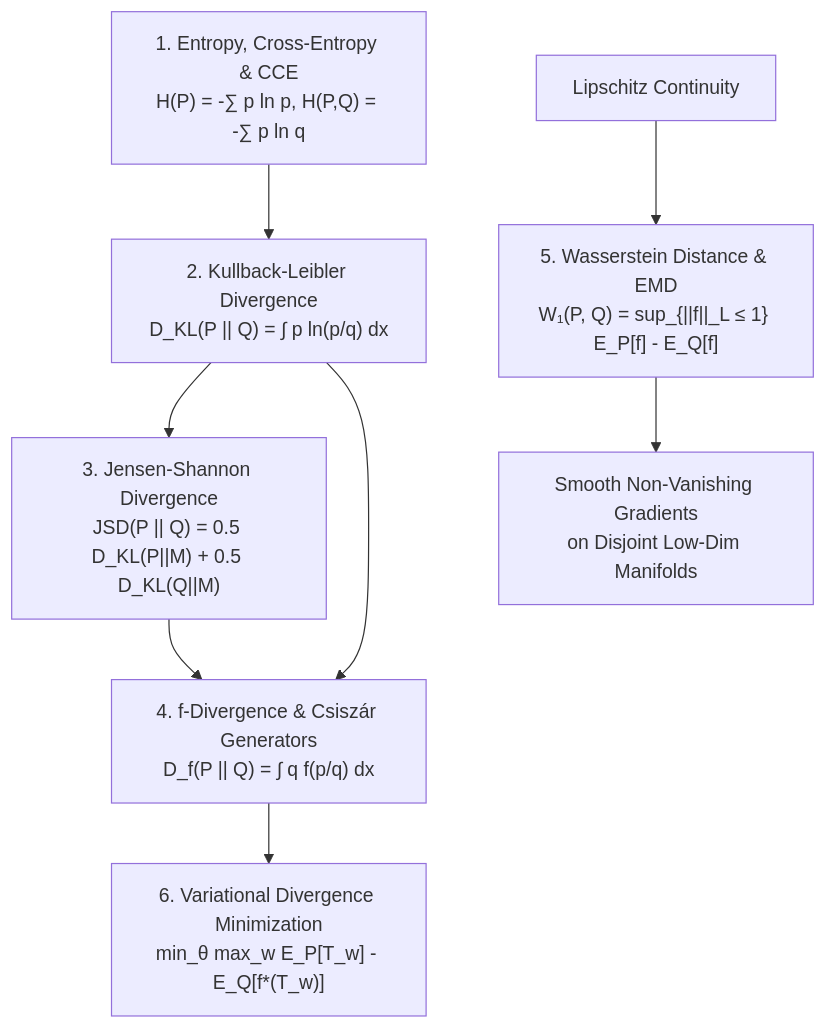
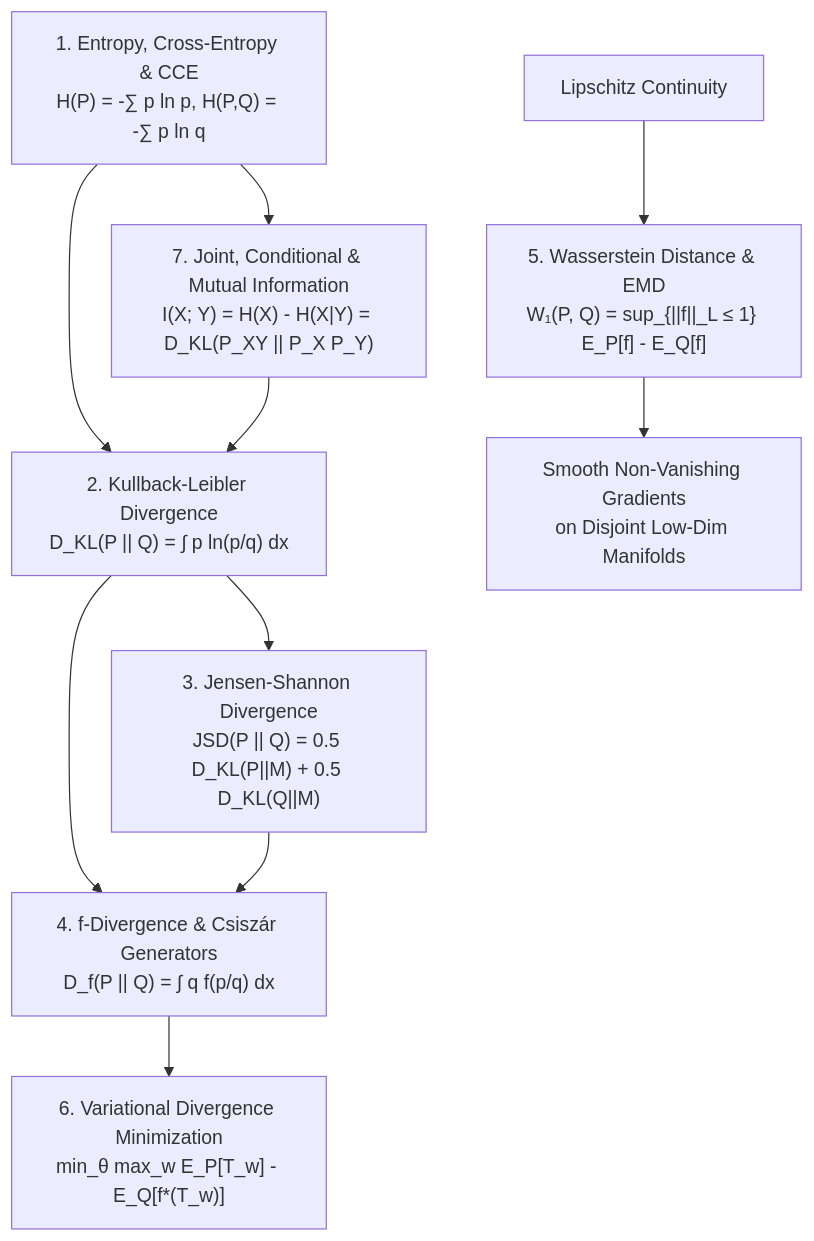
Before and after one commit to sivanagaraju/Mathematical-Foundations-of-ML: the sixth of 11 diagrams in MathsTerms/CONCEPT_MAP.md, drawn with Mermaid. The commit also changed other lines of this file and 31 other files, not shown here.

````diff
--- a/MathsTerms/CONCEPT_MAP.md
+++ b/MathsTerms/CONCEPT_MAP.md
@@ -439,11 +461,13 @@
 ```mermaid
 flowchart TD
-    Entropy["1. Entropy, Cross-Entropy & CCE<br/>H(P) = -∑ p ln p, H(P,Q) = -∑ p ln q"] --> KLDivergence["2. Kullback-Leibler Divergence<br/>D_KL(P || Q) = ∫ p ln(p/q) dx"]
+    Entropy["1. Entropy, Cross-Entropy & CCE<br/>H(P) = -∑ p ln p, H(P,Q) = -∑ p ln q"] --> JointEntropy["7. Joint, Conditional & Mutual Information<br/>I(X; Y) = H(X) - H(X|Y) = D_KL(P_XY || P_X P_Y)"]
+    Entropy --> KLDivergence["2. Kullback-Leibler Divergence<br/>D_KL(P || Q) = ∫ p ln(p/q) dx"]
+    JointEntropy --> KLDivergence
     KLDivergence --> JSDivergence["3. Jensen-Shannon Divergence<br/>JSD(P || Q) = 0.5 D_KL(P||M) + 0.5 D_KL(Q||M)"]
     KLDivergence --> FDivergence["4. f-Divergence & Csiszár Generators<br/>D_f(P || Q) = ∫ q f(p/q) dx"]
     JSDivergence --> FDivergence
     FDivergence --> VDM["6. Variational Divergence Minimization<br/>min_θ max_w E_P[T_w] - E_Q[f*(T_w)]"]
   
     Lipschitz["Lipschitz Continuity"] --> Wasserstein["5. Wasserstein Distance & EMD<br/>W₁(P, Q) = sup_{||f||_L ≤ 1} E_P[f] - E_Q[f]"]
     Wasserstein --> SmoothGrad["Smooth Non-Vanishing Gradients<br/>on Disjoint Low-Dim Manifolds"]
 ```
````
